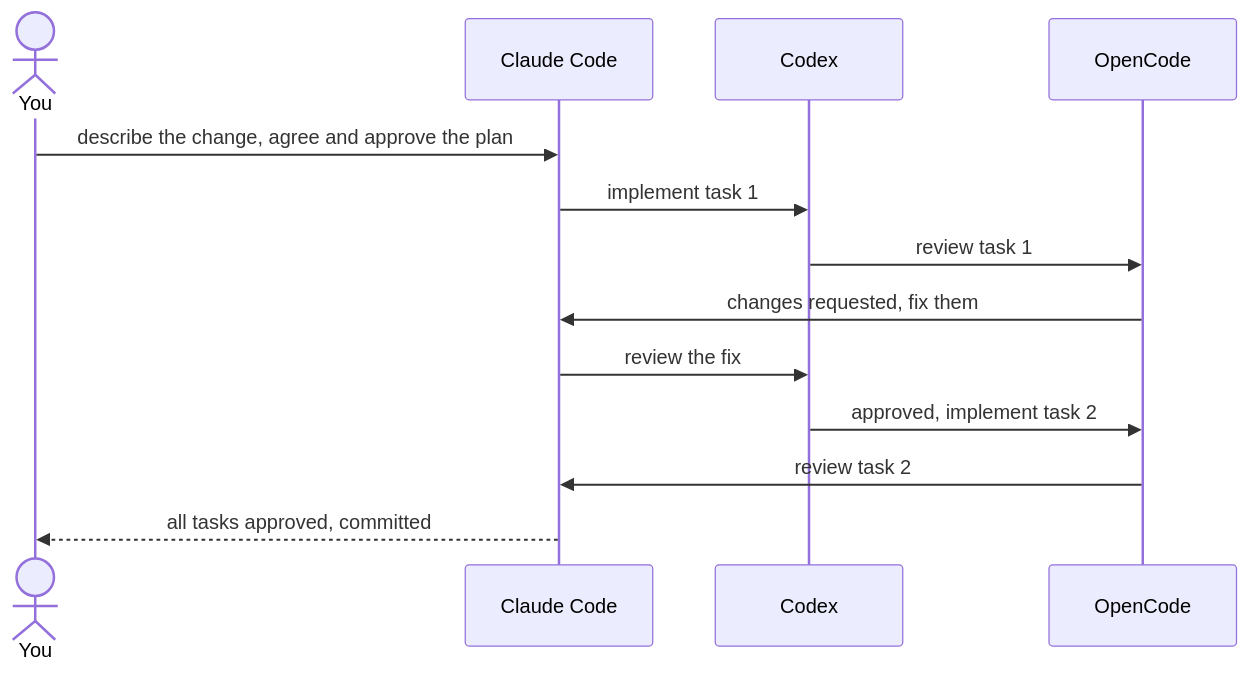
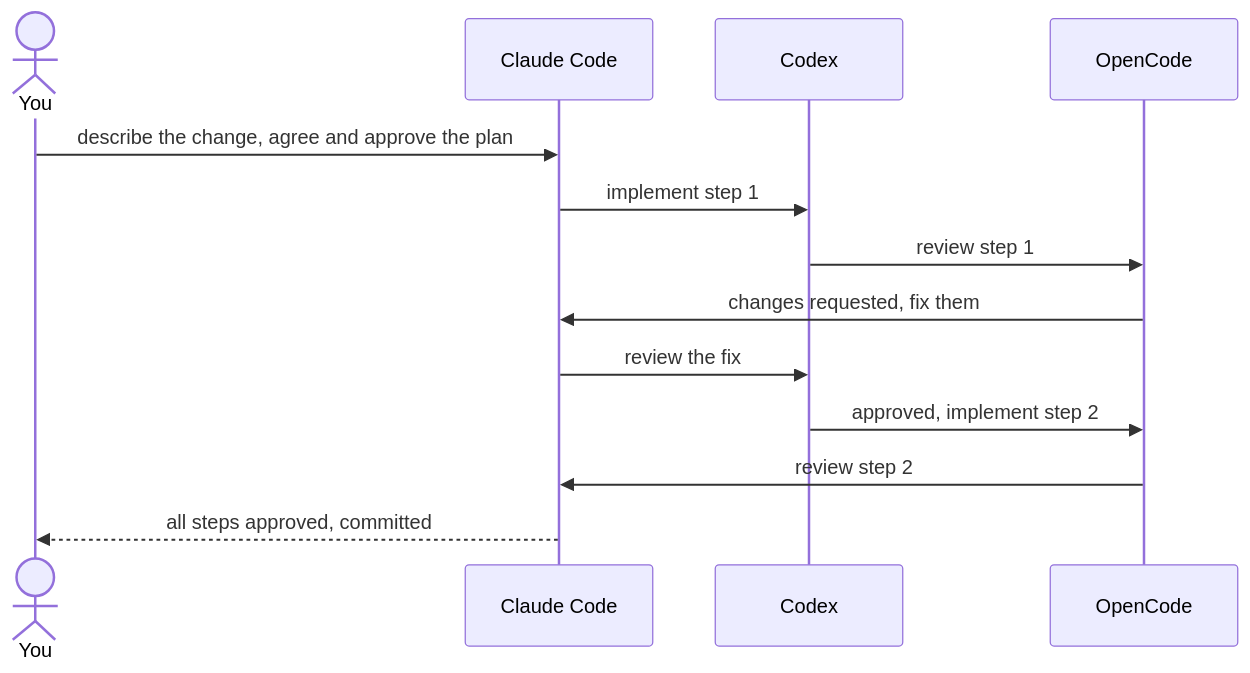
The diagram in README.md (dsmailes/relay), drawn with Mermaid before and after one commit. The commit also changed other lines of this file and 3 other files, not shown here.

````diff
--- a/README.md
+++ b/README.md
@@ -11,15 +11,15 @@
 ```mermaid
 sequenceDiagram
     actor You
     participant A as Claude Code
     participant B as Codex
     participant C as OpenCode
     You->>A: describe the change, agree and approve the plan
-    A->>B: implement task 1
-    B->>C: review task 1
+    A->>B: implement step 1
+    B->>C: review step 1
     C->>A: changes requested, fix them
     A->>B: review the fix
-    B->>C: approved, implement task 2
-    C->>A: review task 2
-    A-->>You: all tasks approved, committed
+    B->>C: approved, implement step 2
+    C->>A: review step 2
+    A-->>You: all steps approved, committed
 ```
````
